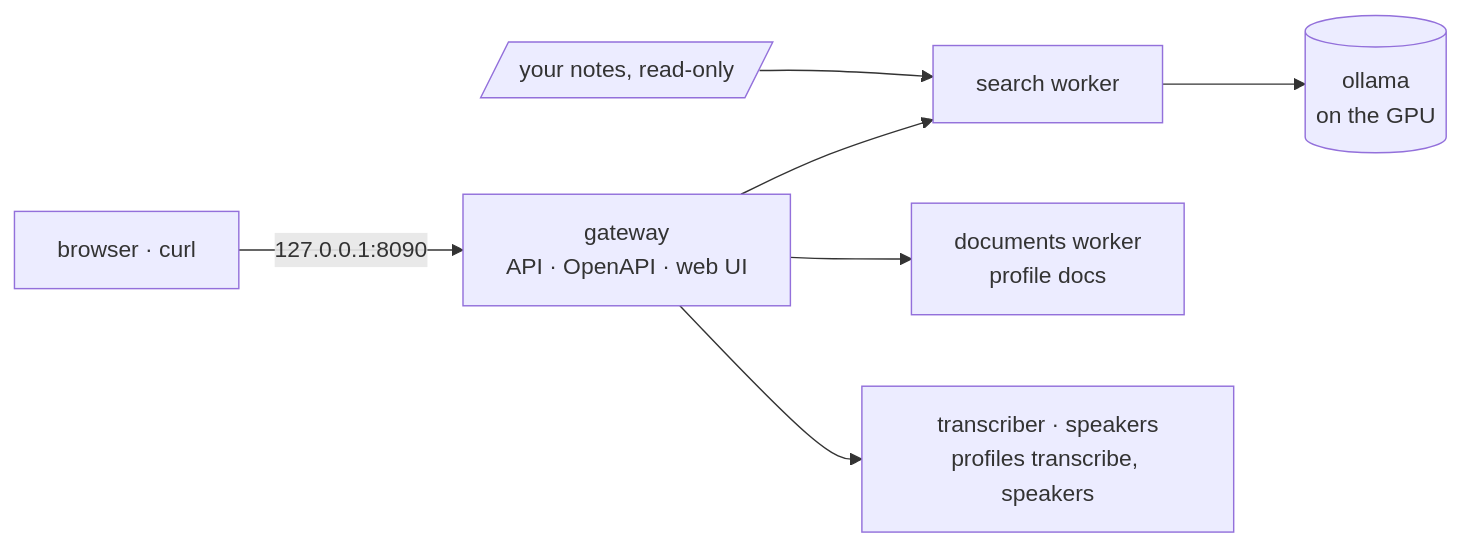
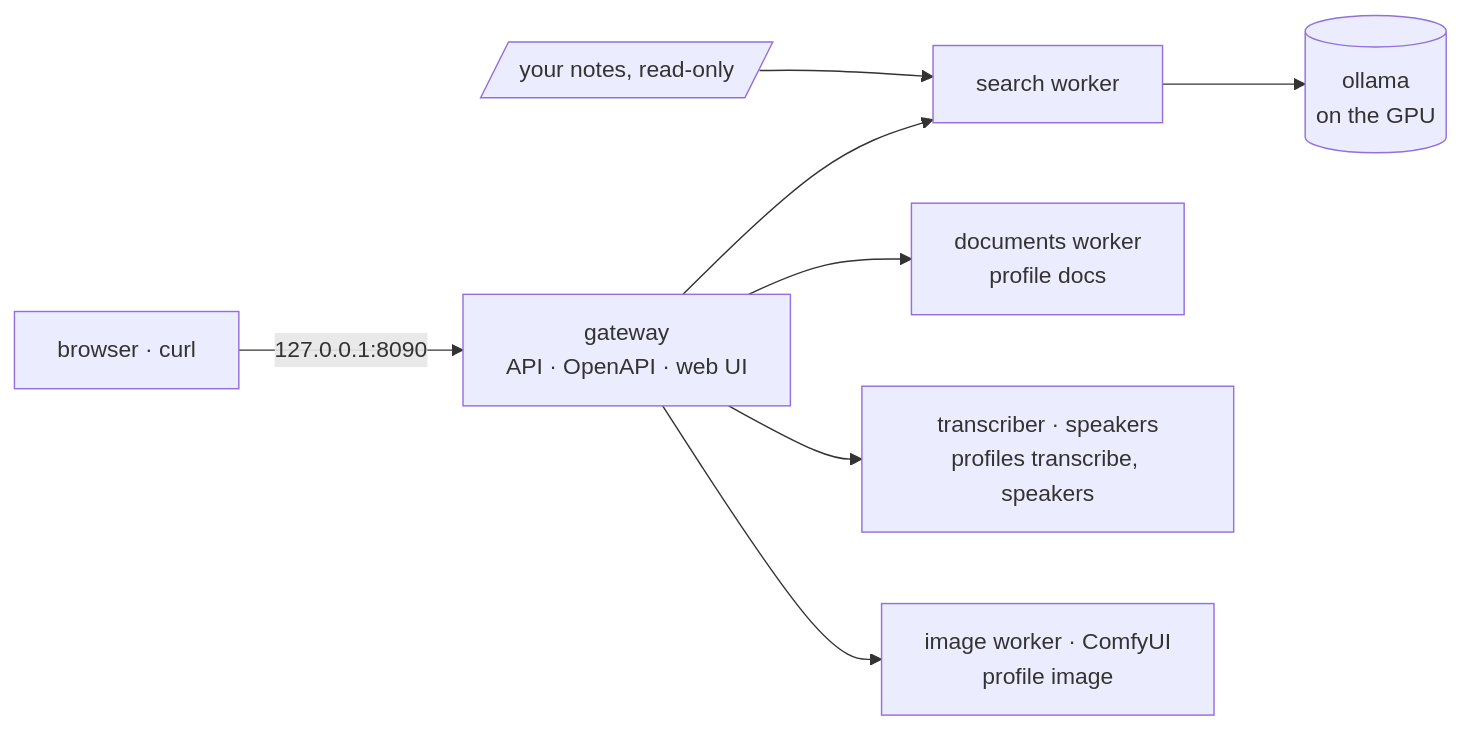
Before and after one commit to manzolo/local-ai-core: the diagram in README.md, drawn with Mermaid. The commit also changed other lines of this file and 50 other files, not shown here.

````diff
--- a/README.md
+++ b/README.md
@@ -61,9 +62,10 @@
 ```mermaid
 flowchart LR
     U[browser · curl] -->|127.0.0.1:8090| G[gateway<br/>API · OpenAPI · web UI]
     G --> S[search worker]
     G --> D[documents worker<br/>profile docs]
     G --> T[transcriber · speakers<br/>profiles transcribe, speakers]
+    G --> I[image worker · ComfyUI<br/>profile image]
     S --> O[(ollama<br/>on the GPU)]
     N[/your notes, read-only/] --> S
 ```
````
